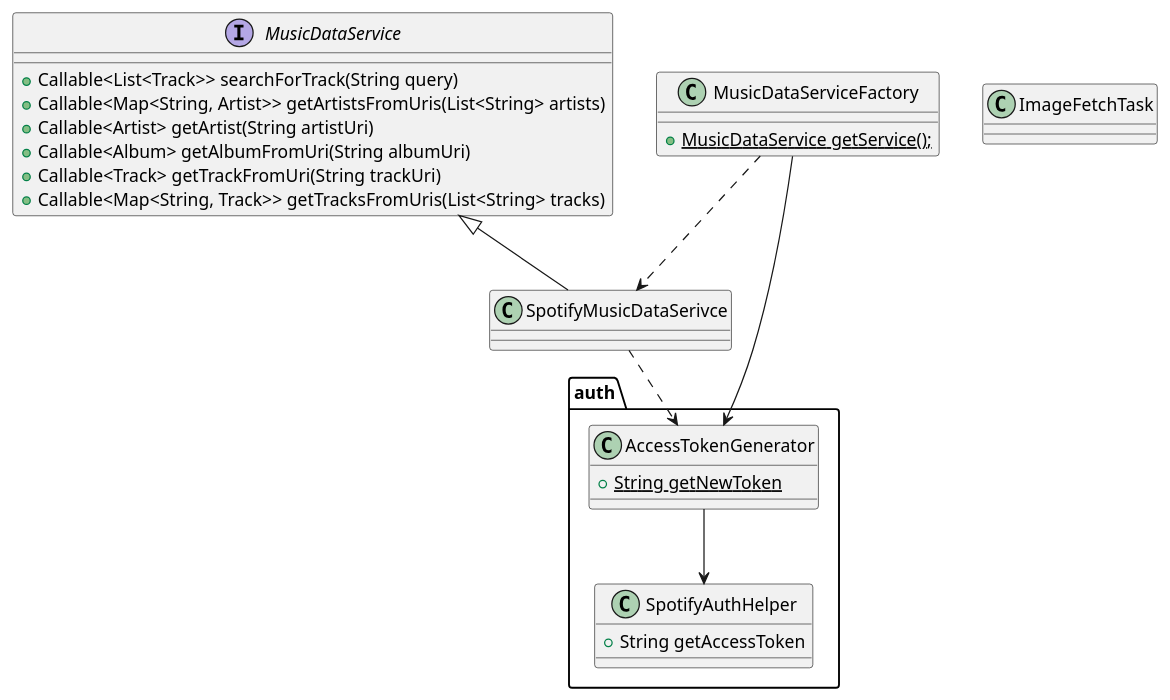
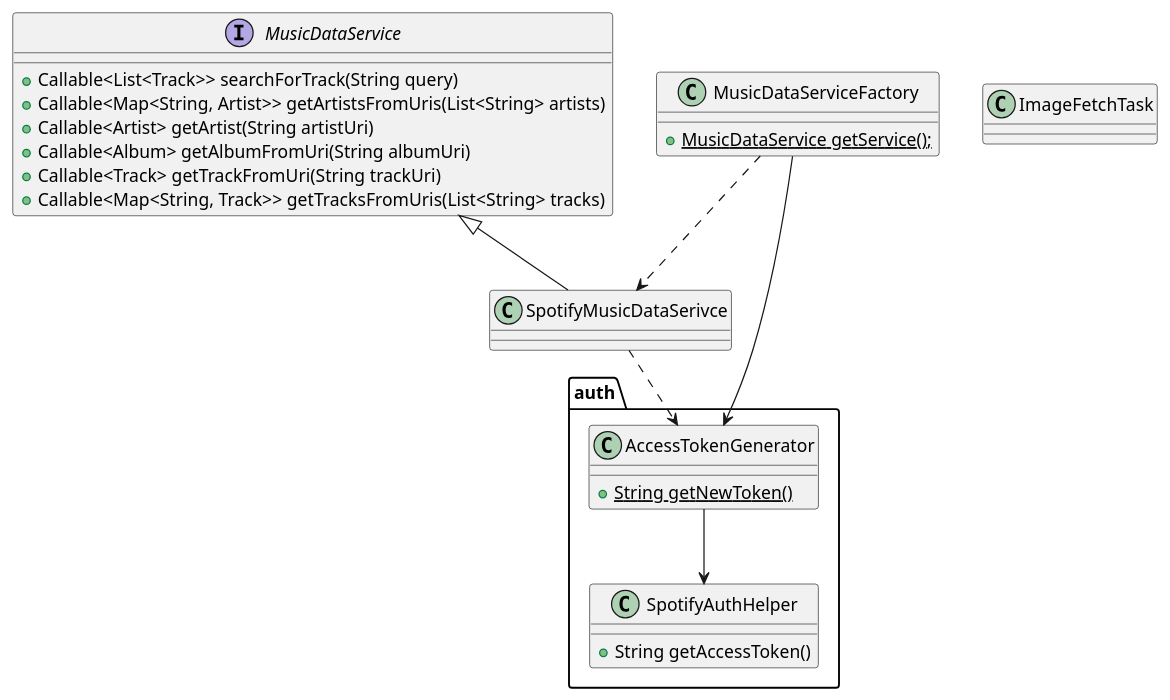
One commit to vltmn/qdio changed the diagram in docs/uml/class_diagram/information.plantuml. Above: the diagram before and after it, drawn with PlantUML. The commit also changed 1 other file, not shown here.

Commit message:
Updated information uml with method parentheses

```diff
--- a/docs/uml/class_diagram/information.plantuml
+++ b/docs/uml/class_diagram/information.plantuml
@@ -1,33 +1,33 @@
 @startuml
 
 class MusicDataServiceFactory {
     + {static}MusicDataService getService();
 }
 
 class SpotifyMusicDataSerivce
 
 interface MusicDataService {
     + Callable<List<Track>> searchForTrack(String query)
     + Callable<Map<String, Artist>> getArtistsFromUris(List<String> artists)
     + Callable<Artist> getArtist(String artistUri)
     + Callable<Album> getAlbumFromUri(String albumUri)
     + Callable<Track> getTrackFromUri(String trackUri)
     + Callable<Map<String, Track>> getTracksFromUris(List<String> tracks)
 }
 
 package auth {
     class AccessTokenGenerator {
-        {static} + String getNewToken
+        {static} + String getNewToken()
     }
     class SpotifyAuthHelper {
-        + String getAccessToken
+        + String getAccessToken()
     }
     AccessTokenGenerator --> SpotifyAuthHelper
 }
 class ImageFetchTask
 
 MusicDataServiceFactory --> AccessTokenGenerator
 SpotifyMusicDataSerivce ..> AccessTokenGenerator
 MusicDataService <|-- SpotifyMusicDataSerivce
 MusicDataServiceFactory ..> SpotifyMusicDataSerivce
 @enduml
```
